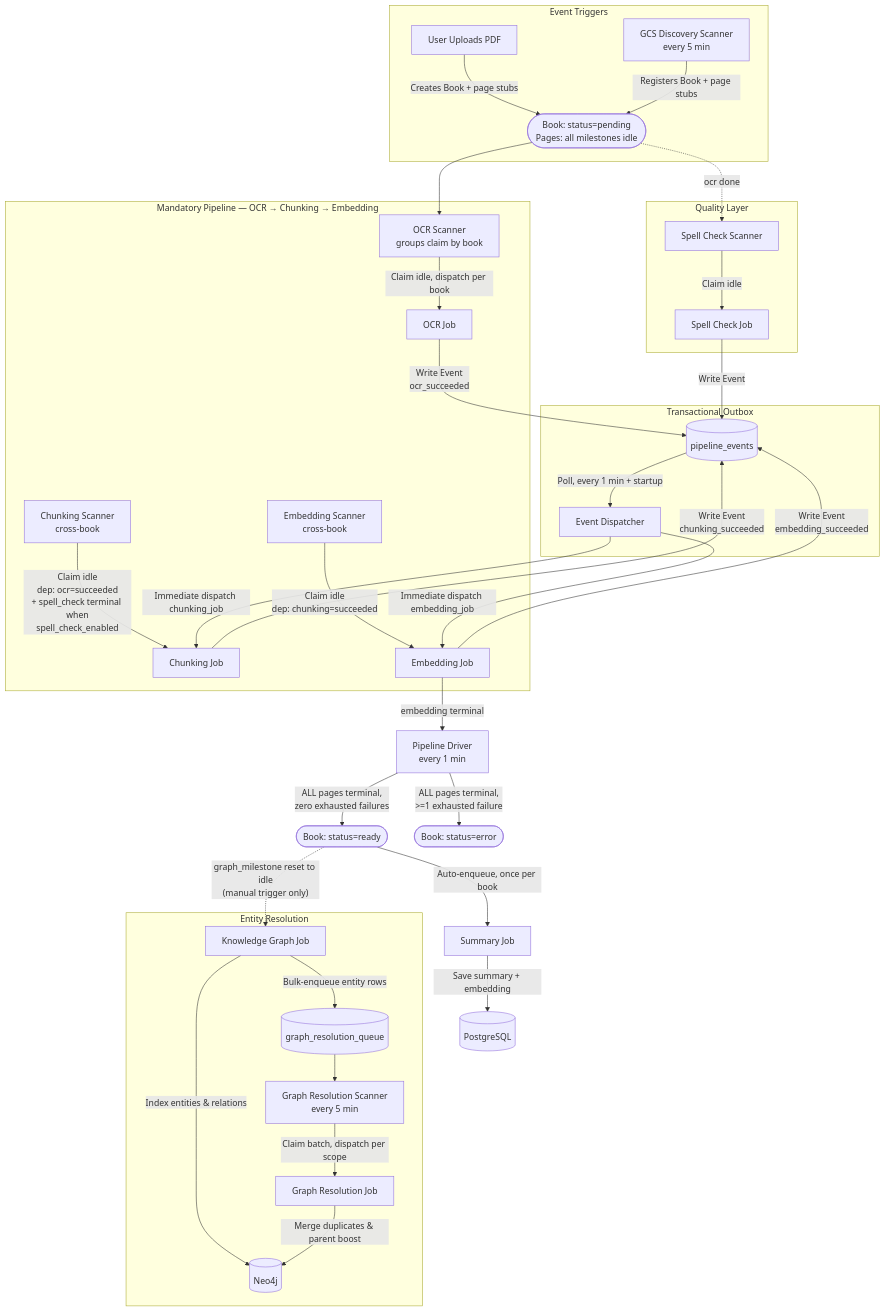
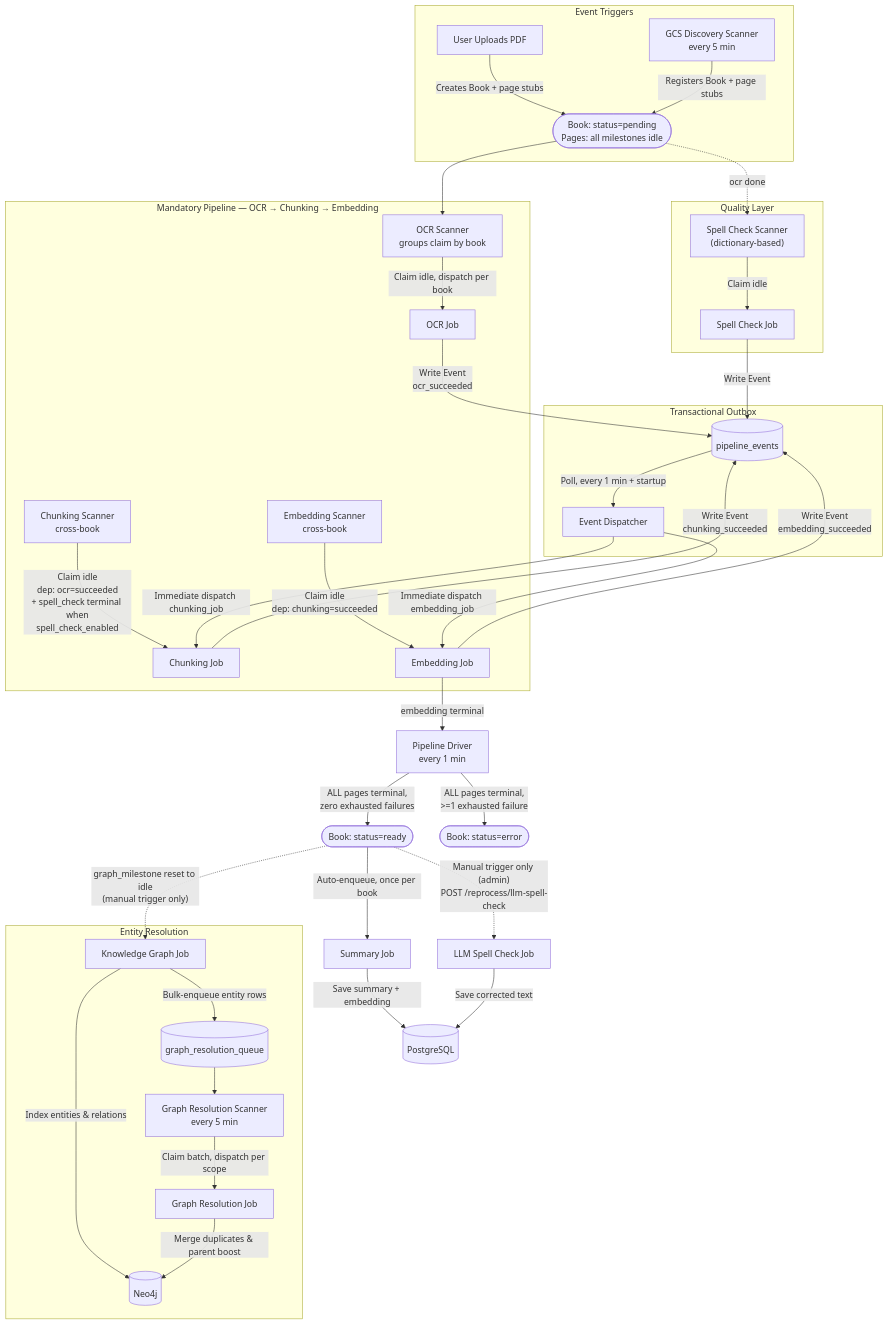
One commit to Kitabim-AI/kitabim-ai changed the second of 3 diagrams in README.md. Above: the diagram before and after it, drawn with Mermaid. The commit also changed other lines of this file and 20 other files, not shown here.

Commit message:
feat: add guest reading limits, LLM spell correction requirements, and defer book fetching until auth state resolves

````diff
--- a/README.md
+++ b/README.md
@@ -101,57 +103,61 @@
 ```mermaid
 flowchart TD
     %% Triggers
     subgraph Triggers [Event Triggers]
         T1[User Uploads PDF] -->|Creates Book + page stubs| InitDB
         T2[GCS Discovery Scanner<br/>every 5 min] -->|Registers Book + page stubs| InitDB
     end
 
     InitDB(["Book: status=pending<br/>Pages: all milestones idle"])
 
     %% Mandatory sequential pipeline
     subgraph Pipeline ["Mandatory Pipeline — OCR → Chunking → Embedding"]
         S_OCR["OCR Scanner<br/>groups claim by book"] -->|Claim idle, dispatch per book| J_OCR[OCR Job]
         S_CH["Chunking Scanner<br/>cross-book"] -->|"Claim idle<br/>dep: ocr=succeeded<br/>+ spell_check terminal when<br/>spell_check_enabled"| J_CH[Chunking Job]
         S_EM["Embedding Scanner<br/>cross-book"] -->|"Claim idle<br/>dep: chunking=succeeded"| J_EM[Embedding Job]
     end
 
     InitDB --> S_OCR
 
     %% Event Bus / Outbox — reactive low-latency triggers
     subgraph Outbox [Transactional Outbox]
         J_OCR -->|"Write Event<br/>ocr_succeeded"| OB[(pipeline_events)]
         J_CH -->|"Write Event<br/>chunking_succeeded"| OB
         J_EM -->|"Write Event<br/>embedding_succeeded"| OB
 
         OB -->|Poll, every 1 min + startup| ED[Event Dispatcher]
 
         ED -->|"Immediate dispatch chunking_job"| J_CH
         ED -->|"Immediate dispatch embedding_job"| J_EM
     end
 
     %% Book readiness — driven by PipelineDriver
     J_EM -->|embedding terminal| PD["Pipeline Driver<br/>every 1 min"]
     PD -->|"ALL pages terminal,<br/>zero exhausted failures"| Ready([Book: status=ready])
     PD -->|"ALL pages terminal,<br/>>=1 exhausted failure"| BookErr([Book: status=error])
 
     Ready -->|Auto-enqueue, once per book| J_SUM[Summary Job]
     Ready -.->|"graph_milestone reset to idle<br/>(manual trigger only)"| J_KG[Knowledge Graph Job]
 
     J_SUM -->|Save summary + embedding| PG[(PostgreSQL)]
     J_KG -->|"Index entities & relations"| N4J[(Neo4j)]
 
     %% Entity resolution
     subgraph Resolution ["Entity Resolution"]
         J_KG -->|"Bulk-enqueue entity rows"| GQ[(graph_resolution_queue)]
         GQ --> S_GR["Graph Resolution Scanner<br/>every 5 min"]
         S_GR -->|"Claim batch, dispatch per scope"| J_GR[Graph Resolution Job]
         J_GR -->|"Merge duplicates & parent boost"| N4J
     end
 
     %% Quality layer
     subgraph SpellCheck ["Quality Layer"]
-        S_SC["Spell Check Scanner"] -->|Claim idle| J_SC[Spell Check Job]
+        S_SC["Spell Check Scanner<br/>(dictionary-based)"] -->|Claim idle| J_SC[Spell Check Job]
     end
     InitDB -.->|ocr done| S_SC
     J_SC -->|"Write Event"| OB
+
+    %% LLM-based spell check — admin-triggered, independent of the pipeline above
+    Ready -.->|"Manual trigger only (admin)<br/>POST /reprocess/llm-spell-check"| J_LSC[LLM Spell Check Job]
+    J_LSC -->|"Save corrected text"| PG
 ```
````
